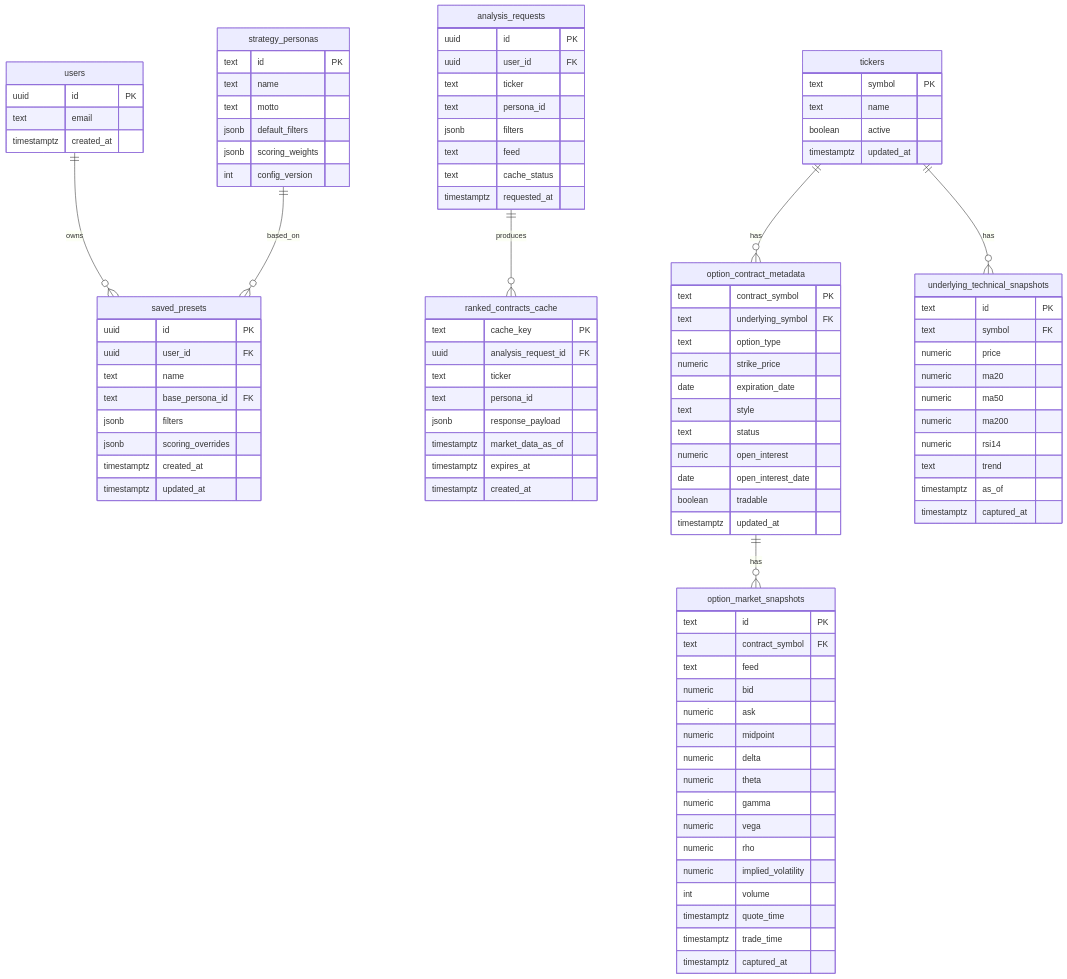
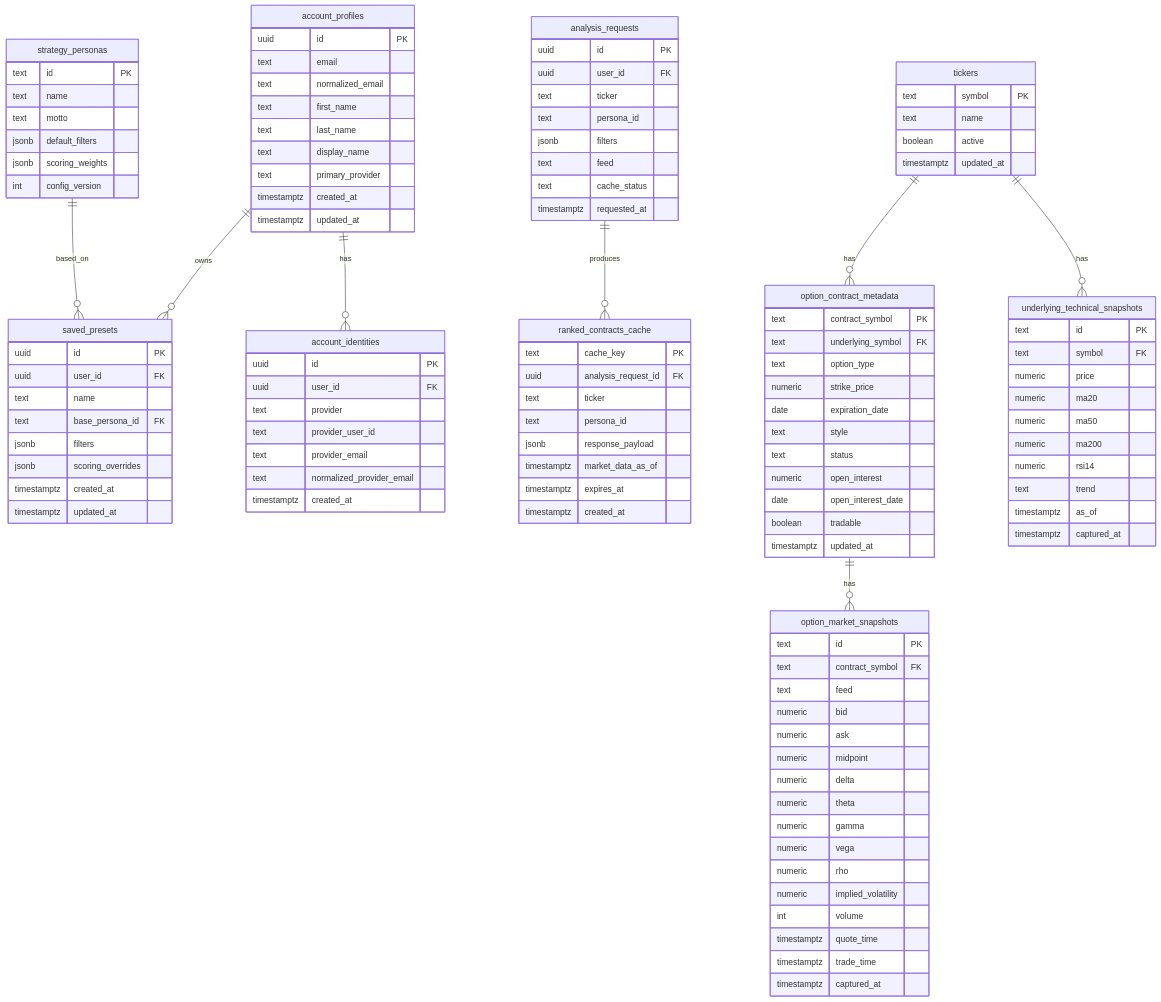
Before and after one commit to rmeyer1/alpha-dog: the diagram in docs/wheel_strategy_data_model.md, drawn with Mermaid. The commit also changed other lines of this file and 6 other files, not shown here.

````diff
--- a/docs/wheel_strategy_data_model.md
+++ b/docs/wheel_strategy_data_model.md
@@ -21,15 +21,32 @@
 ```mermaid
 erDiagram
-    users ||--o{ saved_presets : owns
+    account_profiles ||--o{ saved_presets : owns
+    account_profiles ||--o{ account_identities : has
     strategy_personas ||--o{ saved_presets : based_on
     analysis_requests ||--o{ ranked_contracts_cache : produces
     tickers ||--o{ option_contract_metadata : has
     tickers ||--o{ underlying_technical_snapshots : has
     option_contract_metadata ||--o{ option_market_snapshots : has
 
-    users {
+    account_profiles {
         uuid id PK
         text email
+        text normalized_email
+        text first_name
+        text last_name
+        text display_name
+        text primary_provider
+        timestamptz created_at
+        timestamptz updated_at
+    }
+
+    account_identities {
+        uuid id PK
+        uuid user_id FK
+        text provider
+        text provider_user_id
+        text provider_email
+        text normalized_provider_email
         timestamptz created_at
     }
 
````
